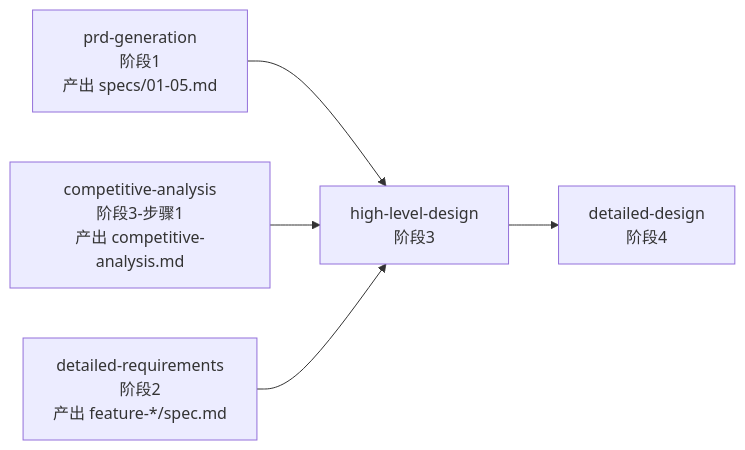
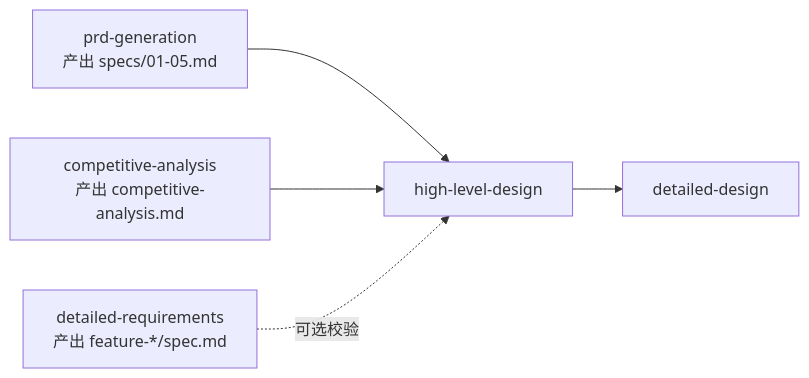
The diagram in docs/skill-usage/high-level-design-usage.md (zhsusn/skill-arsenal), drawn with Mermaid before and after one commit. The commit also changed other lines of this file and 24 other files, not shown here.

First line of the commit message:
feat: competitive-analysis 双模式重构 + 全文档阶段编号统一

````diff
--- a/docs/skill-usage/high-level-design-usage.md
+++ b/docs/skill-usage/high-level-design-usage.md
@@ -34,7 +34,7 @@
 ```mermaid
 flowchart LR
-    A[prd-generation<br>阶段1<br>产出 specs/01-05.md] --> D[high-level-design<br>阶段3]
-    B[competitive-analysis<br>阶段3-步骤1<br>产出 competitive-analysis.md] --> D
-    C[detailed-requirements<br>阶段2<br>产出 feature-*/spec.md] --> D
-    D --> E[detailed-design<br>阶段4]
+    A[prd-generation<br>产出 specs/01-05.md] --> D[high-level-design]
+    B[competitive-analysis<br>产出 competitive-analysis.md] --> D
+    D --> E[detailed-design]
+    C[detailed-requirements<br>产出 feature-*/spec.md] -.->|可选校验| D
 ```
````
